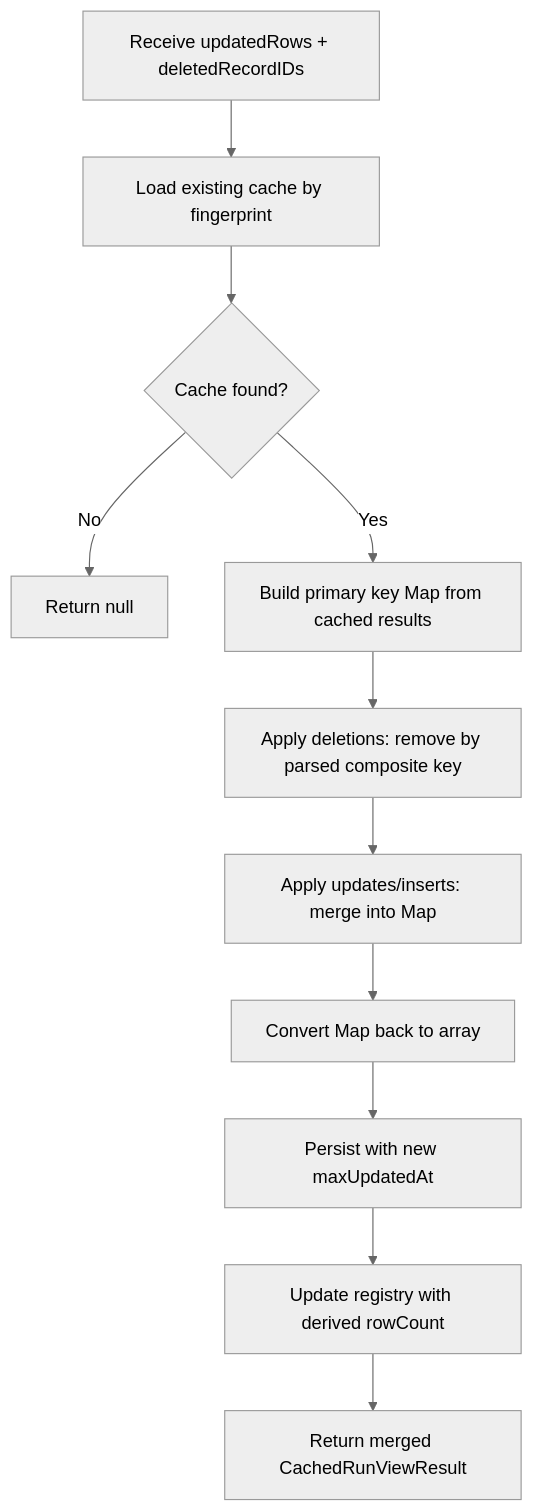
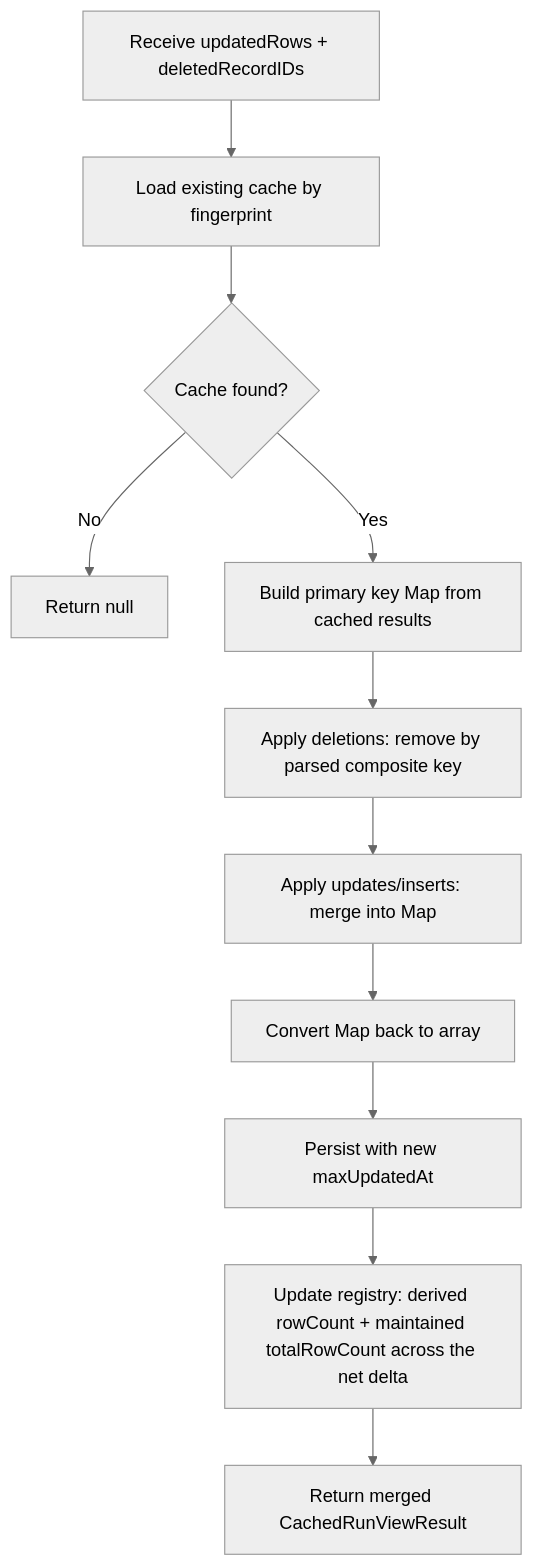
One commit to MemberJunction/MJ changed the fourth of 20 diagrams in guides/CACHING_AND_PUBSUB_GUIDE.md. Above: the diagram before and after it, drawn with Mermaid (neutral theme). The commit also changed other lines of this file, not shown here.

First line of the commit message:
docs(caching): distinguish derived rowCount from maintained totalRowCount

````diff
--- a/guides/CACHING_AND_PUBSUB_GUIDE.md
+++ b/guides/CACHING_AND_PUBSUB_GUIDE.md
@@ -347,13 +350,13 @@
 ```mermaid
 flowchart TD
     A[Receive updatedRows + deletedRecordIDs] --> B[Load existing cache by fingerprint]
     B --> C{Cache found?}
     C -->|No| Z[Return null]
     C -->|Yes| D[Build primary key Map from cached results]
     D --> E[Apply deletions: remove by parsed composite key]
     E --> F[Apply updates/inserts: merge into Map]
     F --> G[Convert Map back to array]
     G --> H[Persist with new maxUpdatedAt]
-    H --> I[Update registry with derived rowCount]
+    H --> I[Update registry: derived rowCount + maintained totalRowCount across the net delta]
     I --> J[Return merged CachedRunViewResult]
 ```
````
